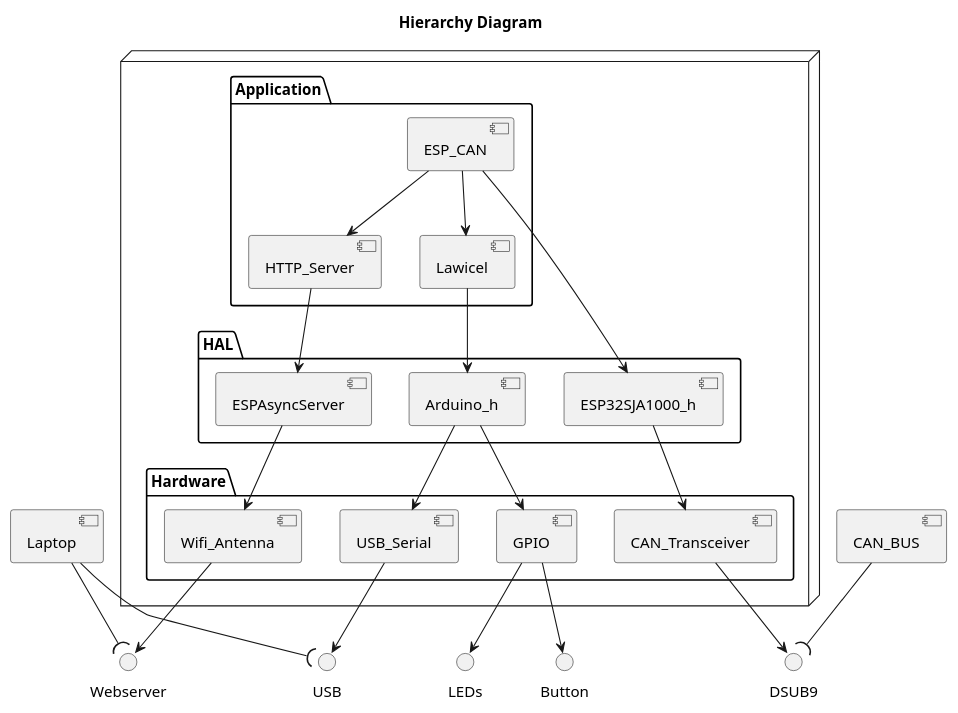
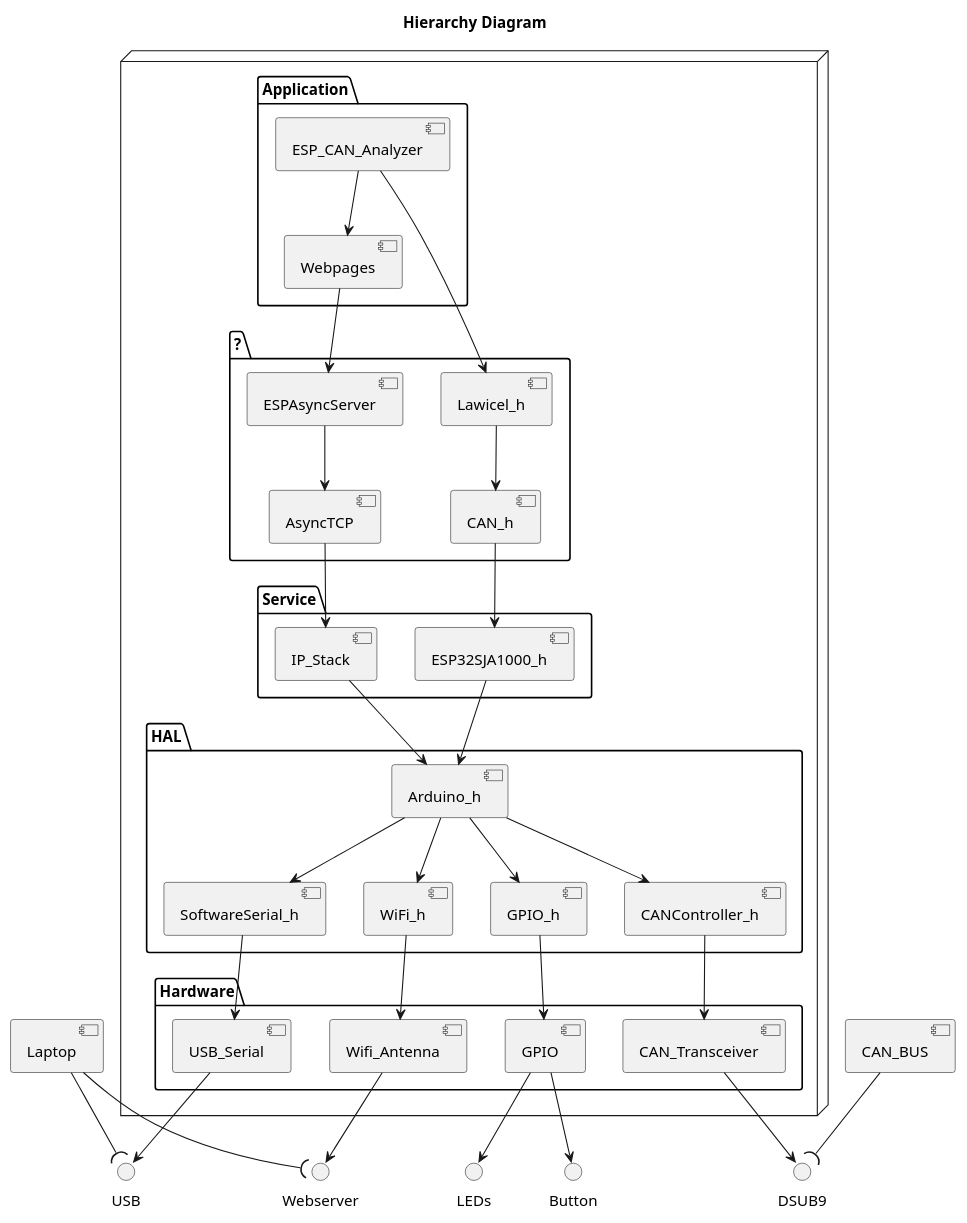
One commit to NewTec-GmbH/esp32-can-iot changed the diagram in Coding/fw/doc/design/hierarchy.plantuml. Above: the diagram before and after it, drawn with PlantUML. The commit also changed 1 other file, not shown here.

Commit message:
Hierarchy Diagram Updated

```diff
--- a/Coding/fw/doc/design/hierarchy.plantuml
+++ b/Coding/fw/doc/design/hierarchy.plantuml
@@ -1,60 +1,84 @@
 @startuml
 
 title Hierarchy Diagram
 
+node {
+    package Application{
+        component Webpages
+        component ESP_CAN_Analyzer as ESP_CAN
+
+    }
+
+    package ?{
+        component ESPAsyncServer
+        component Lawicel_h
+        component CAN_h
+        component AsyncTCP
+    }
+
+    package Service{
+        component IP_Stack
+        component ESP32SJA1000_h
+    }
 
 
 
-
-node {
-    package Application{
-        component HTTP_Server
-        component ESP_CAN
-        component Lawicel
+    package HAL {
+        component Arduino_h
+        component SoftwareSerial_h
+        component WiFi_h
+        component GPIO_h
+        component CANController_h
     }
-
-    package HAL{
-        component Arduino_h
-        component ESPAsyncServer
-        component ESP32SJA1000_h
-    }
-
     package Hardware{
         component USB_Serial
         component GPIO
         component Wifi_Antenna
         component CAN_Transceiver
     }
 }
 interface Webserver
 interface USB
 interface DSUB9
 interface Button
 interface LEDs
 component Laptop
 component CAN_BUS
 
 
 USB_Serial --> USB
 GPIO --> Button
 GPIO --> LEDs
 Wifi_Antenna --> Webserver
 CAN_Transceiver --> DSUB9
 Laptop --( Webserver
 Laptop --( USB
 CAN_BUS --( DSUB9
 
-Arduino_h --> USB_Serial
-Arduino_h --> GPIO
-ESPAsyncServer --> Wifi_Antenna
-ESP32SJA1000_h --> CAN_Transceiver
 
-Lawicel --> Arduino_h
-HTTP_Server --> ESPAsyncServer
-ESP_CAN --> ESP32SJA1000_h
+Arduino_h --> SoftwareSerial_h
+Arduino_h --> WiFi_h
+Arduino_h --> GPIO_h
 
-ESP_CAN --> Lawicel
-ESP_CAN --> HTTP_Server
+SoftwareSerial_h --> USB_Serial
+WiFi_h --> Wifi_Antenna
+GPIO_h --> GPIO
+
+Lawicel_h --> CAN_h
+IP_Stack --> Arduino_h
+CANController_h --> CAN_Transceiver
+
+ESPAsyncServer --> AsyncTCP
+AsyncTCP --> IP_Stack
+Arduino_h --> CANController_h
+ESP32SJA1000_h --> Arduino_h
+
+
+Webpages --> ESPAsyncServer
+CAN_h --> ESP32SJA1000_h
+
+ESP_CAN --> Lawicel_h
+ESP_CAN --> Webpages
 
 
 @enduml
```
